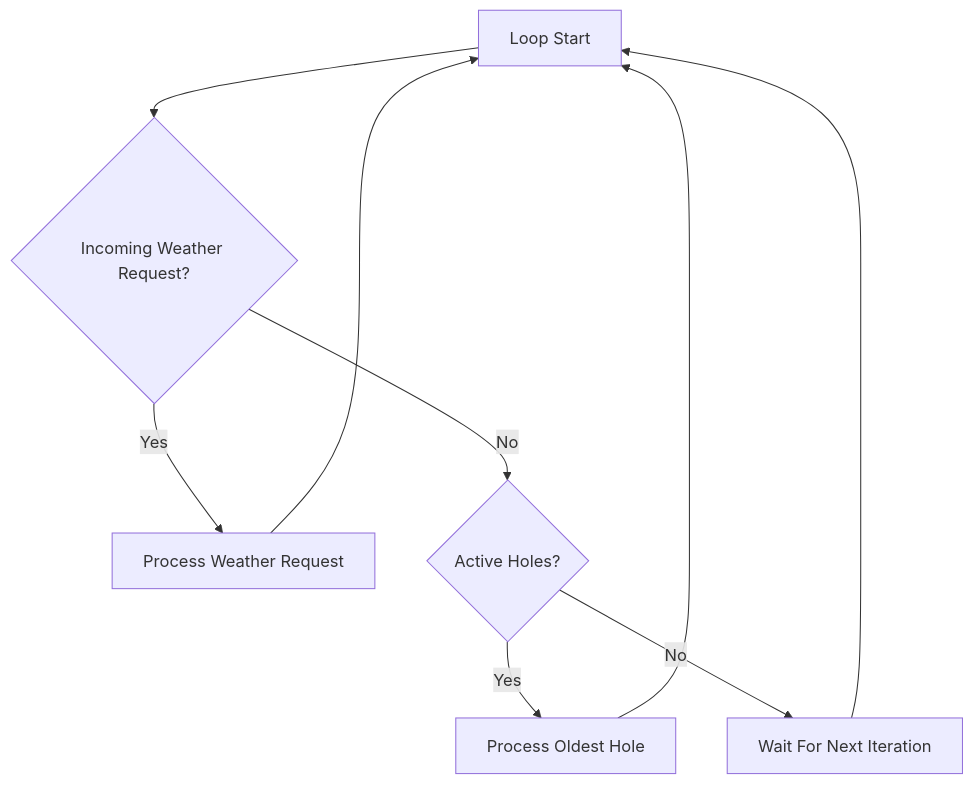
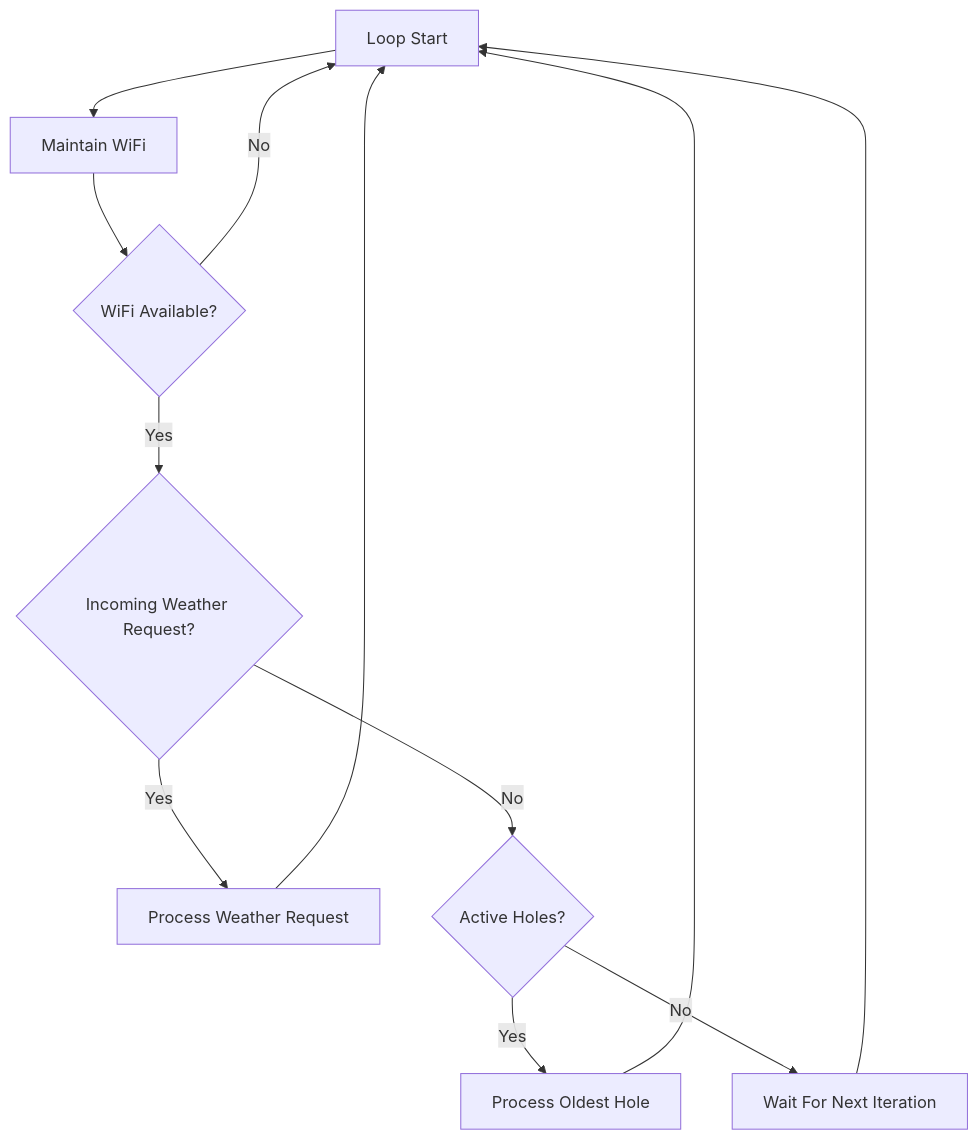
Before and after one commit to RichardSkeen/WeatherMule: the diagram in docs/technical/flow-application.md, drawn with Mermaid. The commit also changed other lines of this file and 8 other files, not shown here.

````diff
--- a/docs/technical/flow-application.md
+++ b/docs/technical/flow-application.md
@@ -86,24 +95,28 @@
 ```mermaid
 flowchart TD
 
     A[Loop Start]
-
-    B{Incoming Weather Request?}
-    C[Process Weather Request]
-
-    D{Active Holes?}
-    E[Process Oldest Hole]
-
-    F[Wait For Next Iteration]
+    B[Maintain WiFi]
+    C{WiFi Available?}
+    D{Incoming Weather Request?}
+    E[Process Weather Request]
+    F{Active Holes?}
+    G[Process Oldest Hole]
+    H[Wait For Next Iteration]
 
     A --> B
-    B -->|Yes| C
-    B -->|No| D
+    B --> C
+
+    C -->|No| A
+    C -->|Yes| D
 
     D -->|Yes| E
     D -->|No| F
 
-    C --> A
+    F -->|Yes| G
+    F -->|No| H
+
     E --> A
-    F --> A
+    G --> A
+    H --> A
 ```
````
